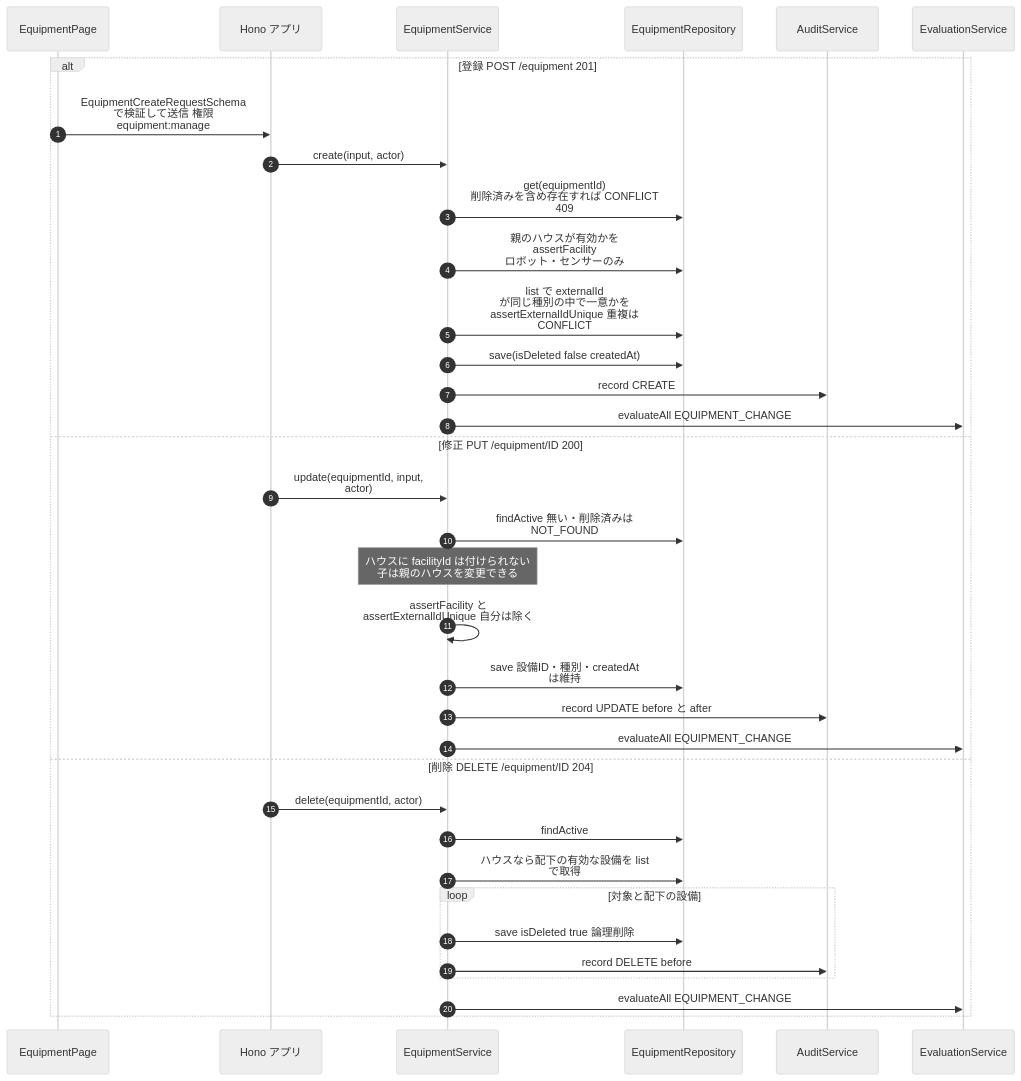
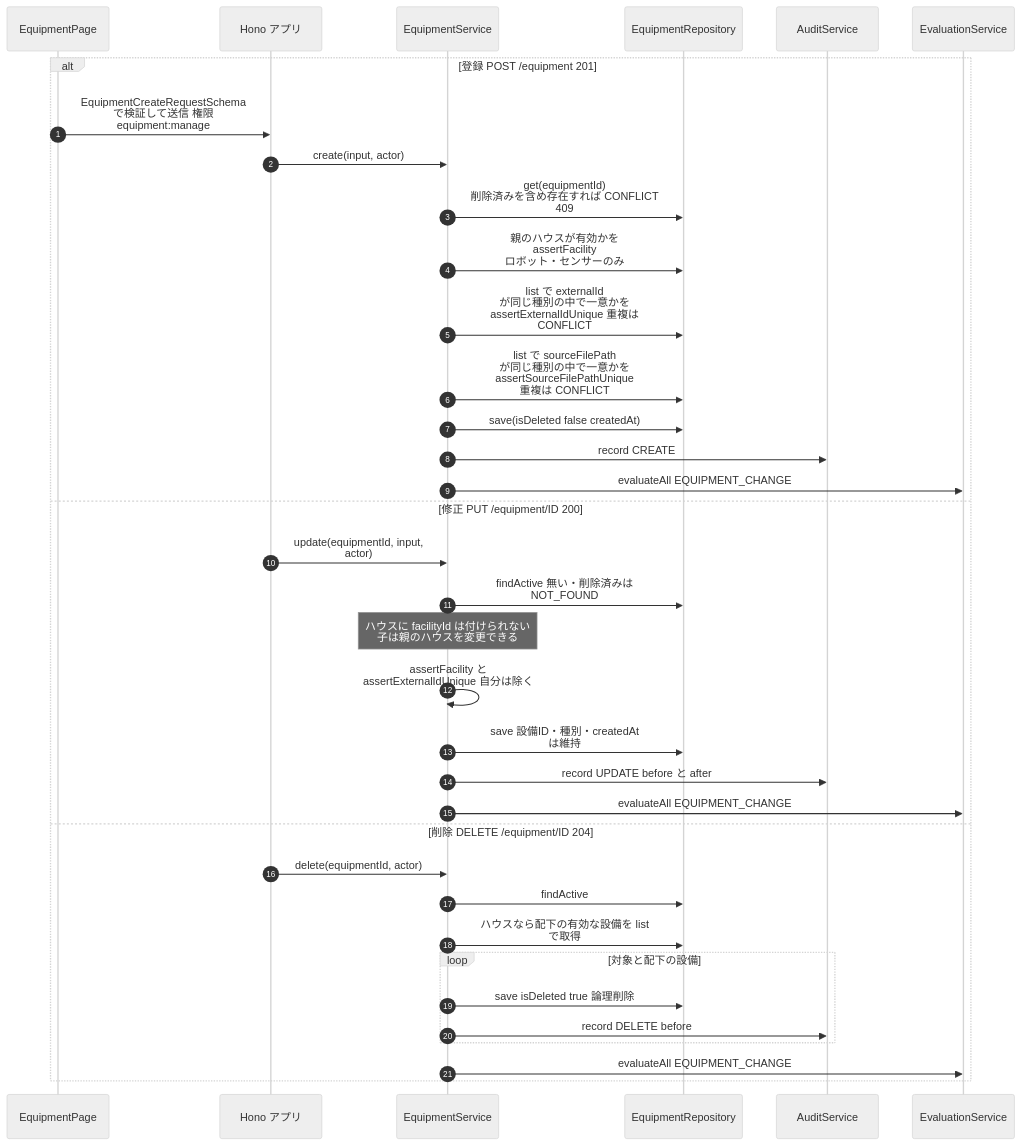
Diagram 17 of 46 in docs/10_design/architecture/as-built.md (NS-APU/smart-farm-monitoring), drawn with Mermaid (neutral theme) before and after one commit. The commit also changed other lines of this file and 18 other files, not shown here.

````diff
--- a/docs/10_design/architecture/as-built.md
+++ b/docs/10_design/architecture/as-built.md
@@ -1379,38 +1380,39 @@
 ```mermaid
 sequenceDiagram
   autonumber
   participant PG as EquipmentPage
   participant APP as Hono アプリ
   participant ES as EquipmentService
   participant REP as EquipmentRepository
   participant AU as AuditService
   participant EV as EvaluationService
 
   alt 登録 POST /equipment 201
     PG->>APP: EquipmentCreateRequestSchema<br>で検証して送信 権限<br>equipment:manage
     APP->>ES: create(input, actor)
     ES->>REP: get(equipmentId)<br>削除済みを含め存在すれば CONFLICT<br>409
     ES->>REP: 親のハウスが有効かを<br>assertFacility<br>ロボット・センサーのみ
     ES->>REP: list で externalId<br>が同じ種別の中で一意かを<br>assertExternalIdUnique 重複は<br>CONFLICT
+    ES->>REP: list で sourceFilePath<br>が同じ種別の中で一意かを<br>assertSourceFilePathUnique<br>重複は CONFLICT
     ES->>REP: save(isDeleted false createdAt)
     ES->>AU: record CREATE
     ES->>EV: evaluateAll EQUIPMENT_CHANGE
   else 修正 PUT /equipment/ID 200
     APP->>ES: update(equipmentId, input,<br>actor)
     ES->>REP: findActive 無い・削除済みは<br>NOT_FOUND
     Note over ES: ハウスに facilityId は付けられない<br>子は親のハウスを変更できる
     ES->>ES: assertFacility と<br>assertExternalIdUnique 自分は除く
     ES->>REP: save 設備ID・種別・createdAt<br>は維持
     ES->>AU: record UPDATE before と after
     ES->>EV: evaluateAll EQUIPMENT_CHANGE
   else 削除 DELETE /equipment/ID 204
     APP->>ES: delete(equipmentId, actor)
     ES->>REP: findActive
     ES->>REP: ハウスなら配下の有効な設備を list<br>で取得
     loop 対象と配下の設備
       ES->>REP: save isDeleted true 論理削除
       ES->>AU: record DELETE before
     end
     ES->>EV: evaluateAll EQUIPMENT_CHANGE
   end
 ```
````
